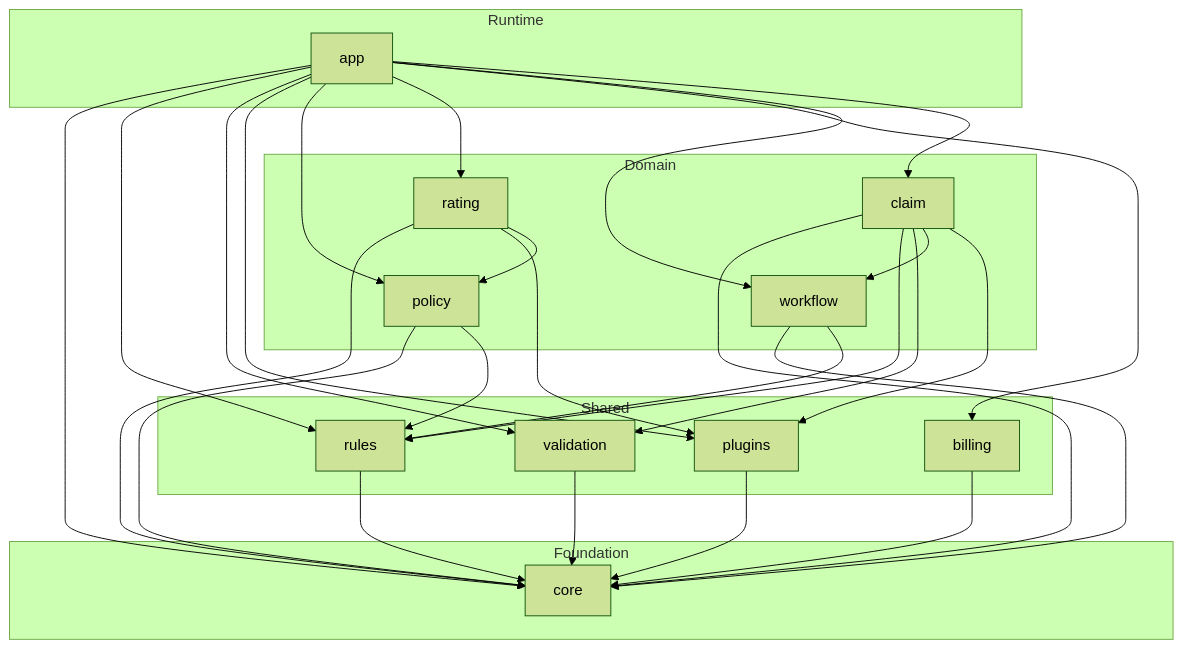
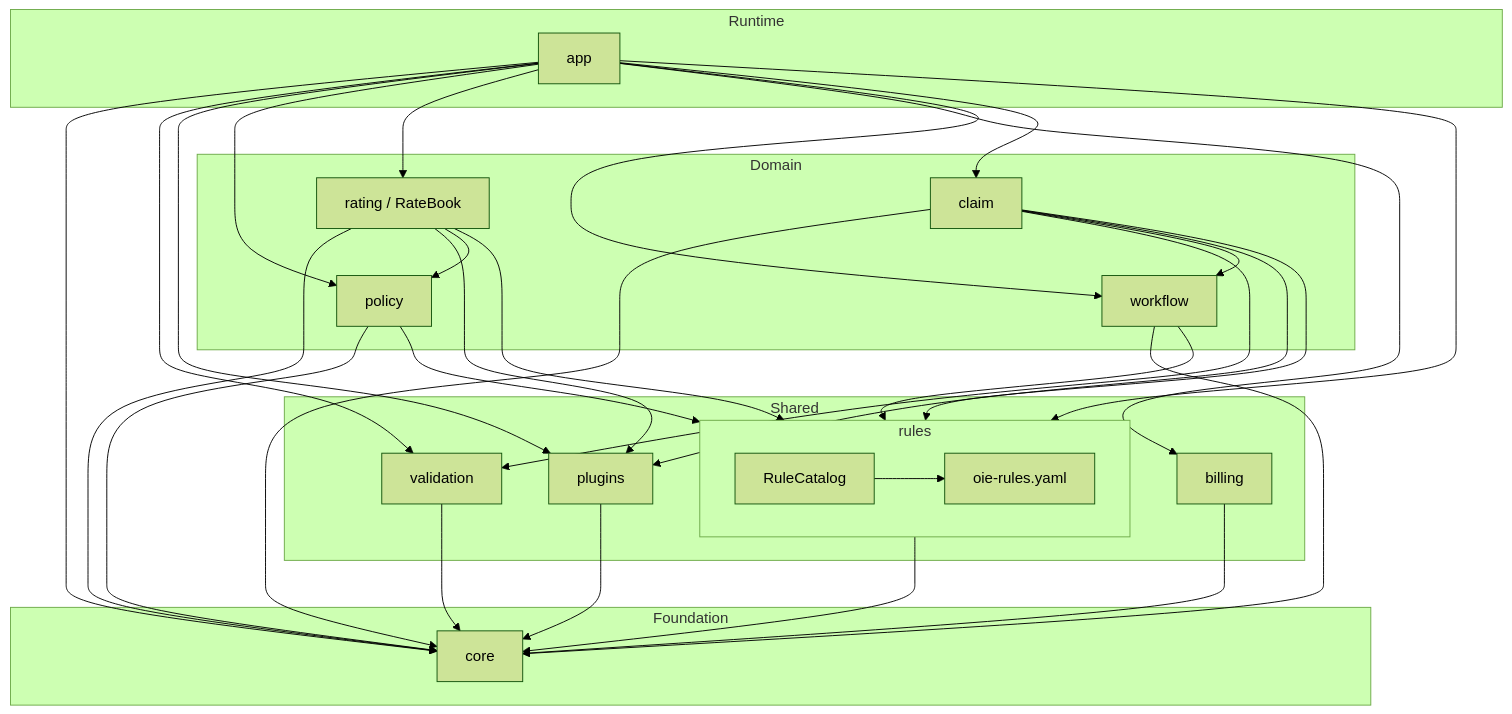
The diagram in README.md (bieli/open-insurance-engine), drawn with Mermaid (forest theme) before and after one commit. The commit also changed other lines of this file, not shown here.

Commit message:
README update

````diff
--- a/README.md
+++ b/README.md
@@ -26,52 +27,57 @@
 ```mermaid
 flowchart TB
   subgraph foundation["Foundation"]
     core["core"]
   end
 
   subgraph shared["Shared"]
-    rules["rules"]
+    subgraph rulesBox["rules"]
+      yaml["oie-rules.yaml"]
+      catalog["RuleCatalog"]
+      catalog --> yaml
+    end
     validation["validation"]
     plugins["plugins"]
     billing["billing"]
   end
 
   subgraph domain["Domain"]
     policy["policy"]
     workflow["workflow"]
-    rating["rating"]
+    rating["rating / RateBook"]
     claim["claim"]
   end
 
   subgraph runtime["Runtime"]
     app["app"]
   end
 
-  rules --> core
+  rulesBox --> core
   validation --> core
   plugins --> core
   billing --> core
 
   policy --> core
-  policy --> rules
+  policy --> rulesBox
   workflow --> core
-  workflow --> rules
+  workflow --> rulesBox
   rating --> core
   rating --> plugins
   rating --> policy
+  rating --> rulesBox
   claim --> core
-  claim --> rules
+  claim --> rulesBox
   claim --> validation
   claim --> workflow
   claim --> plugins
 
   app --> core
-  app --> rules
+  app --> rulesBox
   app --> validation
   app --> plugins
   app --> policy
   app --> rating
   app --> billing
   app --> workflow
   app --> claim
 ```
````
